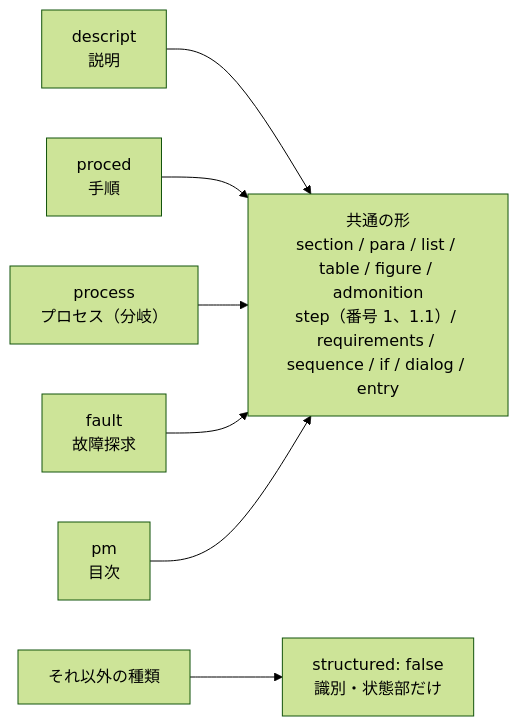
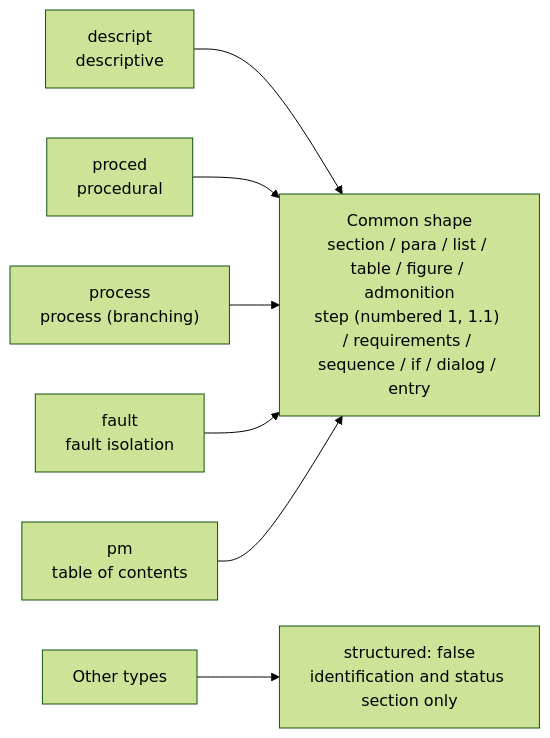
Before and after one commit to shuji-bonji/s1000d-stack: the first of 2 diagrams in site/src/content/docs/mcp/reader-mcp.md, drawn with Mermaid (forest theme). The commit also changed other lines of this file and 35 other files, not shown here.

````diff
--- a/site/src/content/docs/mcp/reader-mcp.md
+++ b/site/src/content/docs/mcp/reader-mcp.md
@@ -23,9 +23,9 @@
 ```mermaid
 flowchart LR
-  D["descript<br/>説明"] --> T
-  P["proced<br/>手順"] --> T
-  PR["process<br/>プロセス（分岐）"] --> T
-  F["fault<br/>故障探求"] --> T
-  PM["pm<br/>目次"] --> T["共通の形<br/>section / para / list / table / figure / admonition<br/>step（番号 1、1.1）/ requirements / sequence / if / dialog / entry"]
-  O["それ以外の種類"] --> U["structured: false<br/>識別・状態部だけ"]
+  D["descript<br/>descriptive"] --> T
+  P["proced<br/>procedural"] --> T
+  PR["process<br/>process (branching)"] --> T
+  F["fault<br/>fault isolation"] --> T
+  PM["pm<br/>table of contents"] --> T["Common shape<br/>section / para / list / table / figure / admonition<br/>step (numbered 1, 1.1) / requirements / sequence / if / dialog / entry"]
+  O["Other types"] --> U["structured: false<br/>identification and status section only"]
 ```
````
